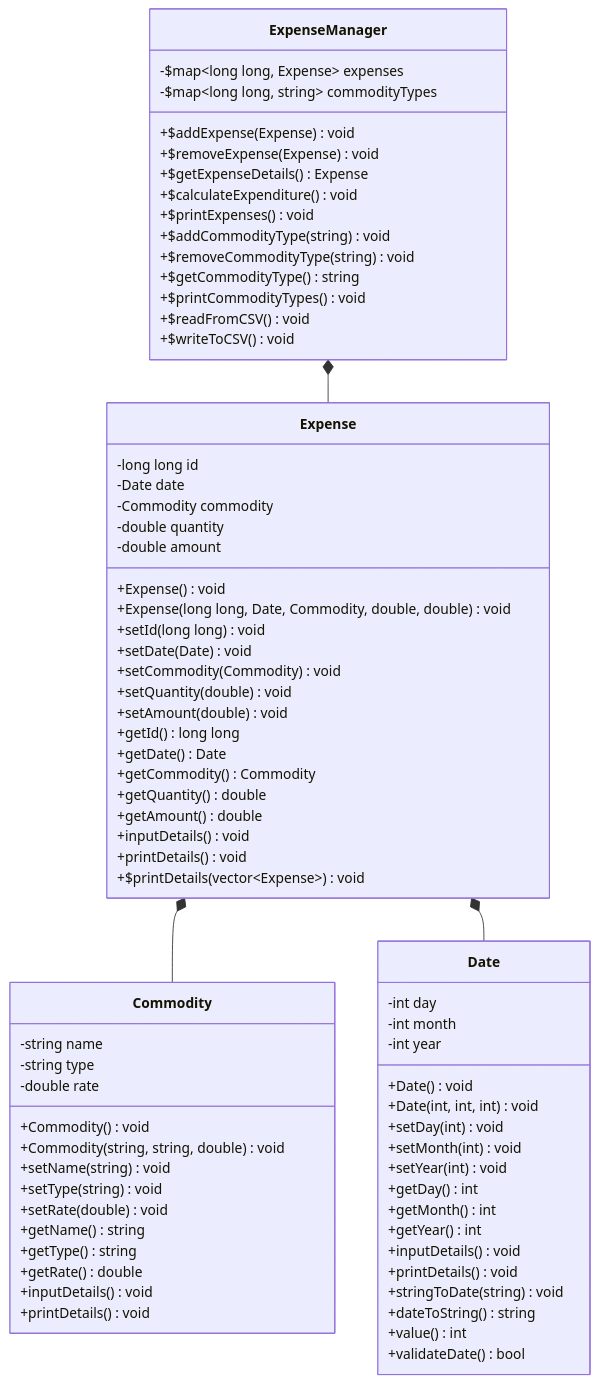
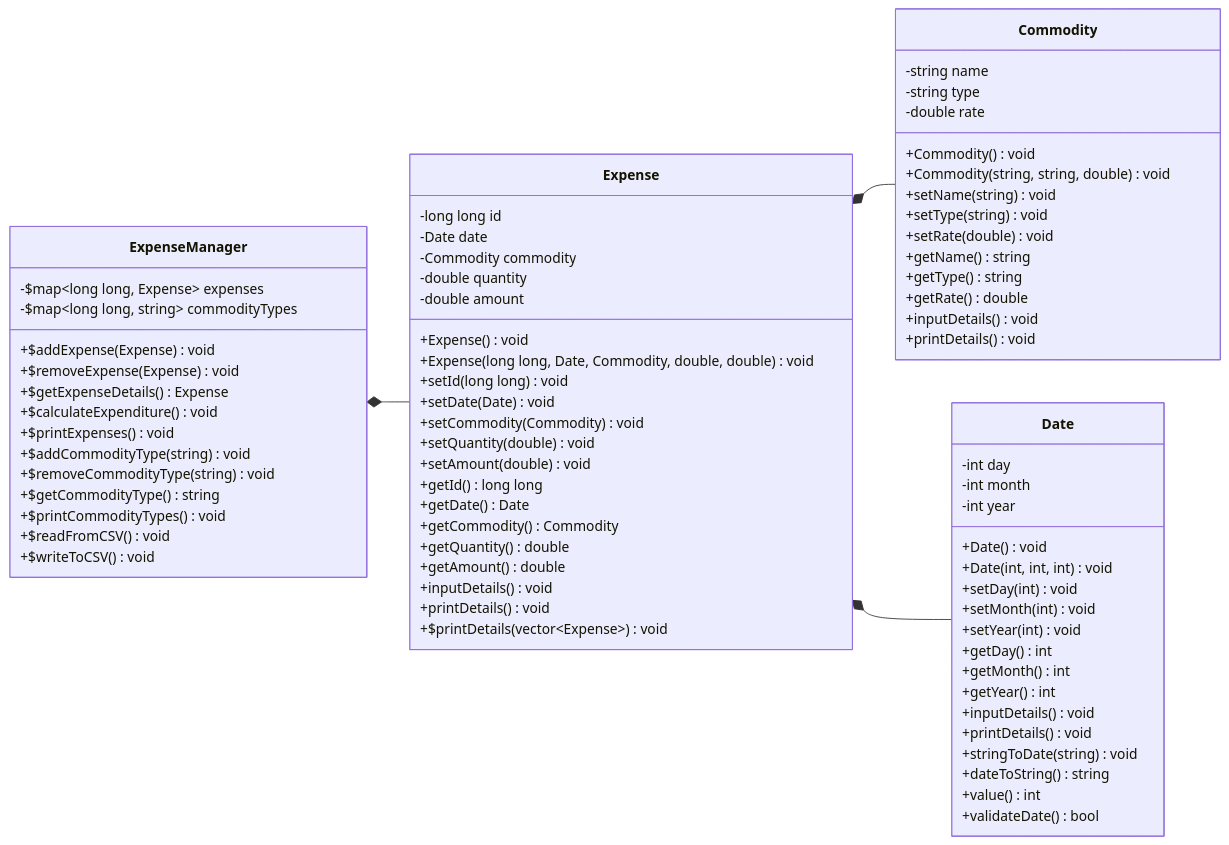
The diagram in README.md (code-chaser/expense-manager), drawn with Mermaid before and after one commit.

````diff
--- a/README.md
+++ b/README.md
@@ -100,5 +100,6 @@
 ```mermaid
 classDiagram
+   direction LR
    class ExpenseManager{
       -$map~long long, Expense~ expenses
       -$map~long long, string~ commodityTypes
@@ -113,7 +114,6 @@
       +$printCommodityTypes() void
       +$readFromCSV() void
       +$writeToCSV() void
-      
    }
    class Expense{
       -long long id
@@ -175,4 +175,8 @@
    ExpenseManager *-- Expense
    Expense *-- Commodity
    Expense *-- Date
+   link ExpenseManager "https://github.com/code-chaser/expense-manager/blob/main/include/ExpenseManager.hh" "click to see declaration"
+   link Expense "https://github.com/code-chaser/expense-manager/blob/main/include/Expense.hh" "click to see declaration"
+   link Commodity "https://github.com/code-chaser/expense-manager/blob/main/include/Commodity.hh" "click to see declaration"
+   link Date "https://github.com/code-chaser/expense-manager/blob/main/include/Date.hh" "click to see declaration"
 ```
````
